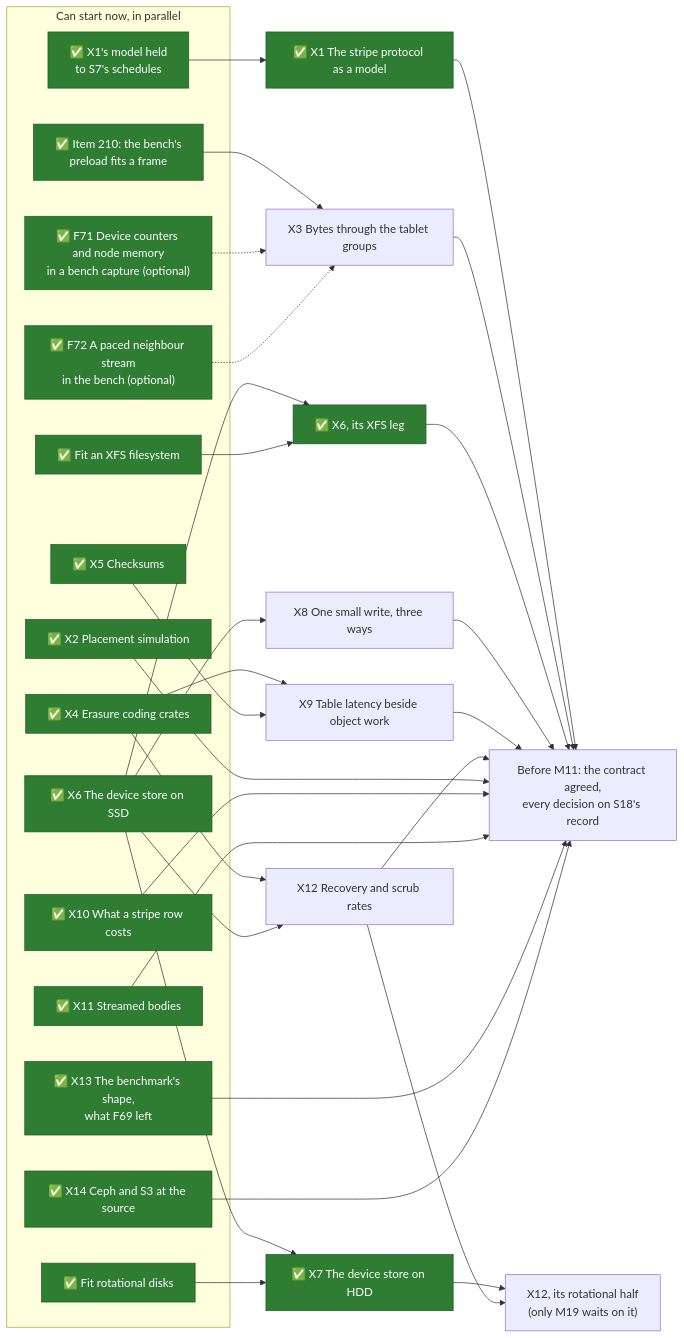
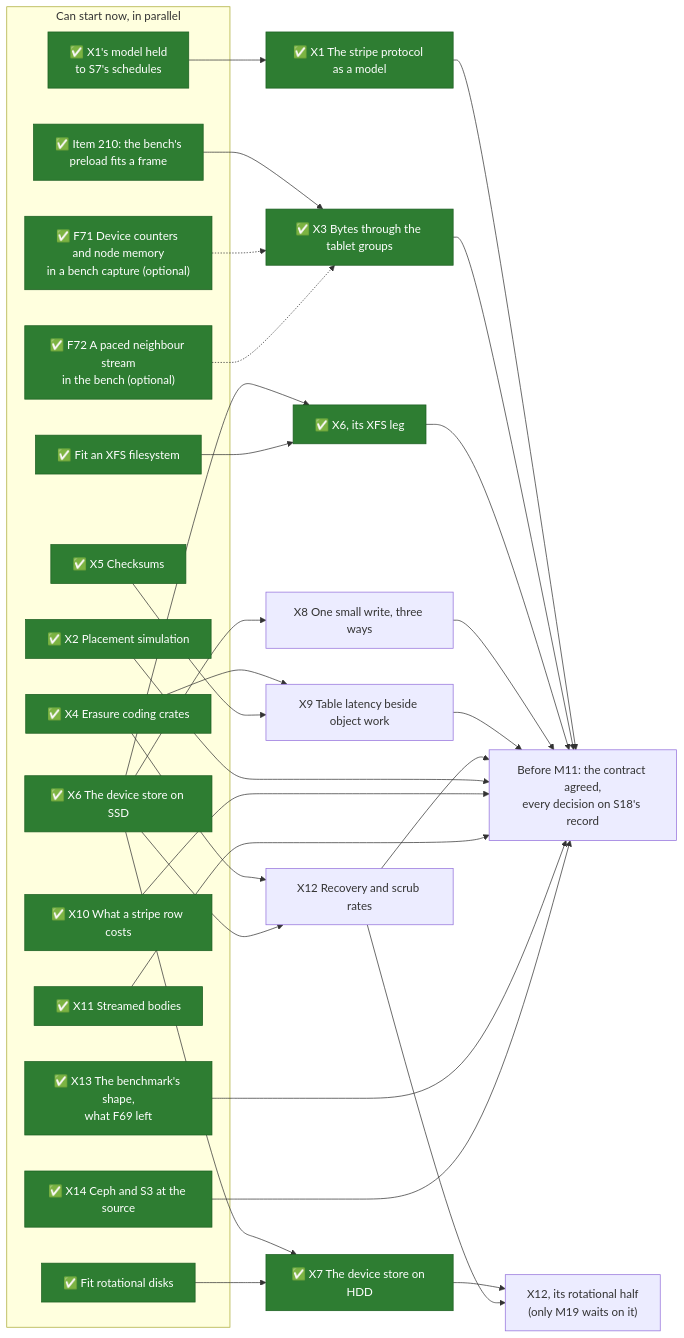
One commit to mjcarson/shoal changed the first of 2 diagrams in docs/src/object-storage/whats-left-todo.md. Above: the diagram before and after it, drawn with Mermaid. The commit also changed other lines of this file and 124 other files, not shown here.

````diff
--- a/docs/src/object-storage/whats-left-todo.md
+++ b/docs/src/object-storage/whats-left-todo.md
@@ -30,56 +32,56 @@
 ```mermaid
 flowchart LR
     classDef done fill:#2e7d32,stroke:#1b5e20,color:#ffffff
     classDef optional stroke-dasharray: 5 5
     subgraph now["Can start now, in parallel"]
         R1["✅ X1's model held<br>to S7's schedules"]:::done
         R2["✅ Item 210: the bench's<br>preload fits a frame"]:::done
         XFS["✅ Fit an XFS filesystem"]:::done
         Disks["✅ Fit rotational disks"]:::done
         X2["✅ X2 Placement simulation"]:::done
         X4["✅ X4 Erasure coding crates"]:::done
         X5["✅ X5 Checksums"]:::done
         X6["✅ X6 The device store on SSD"]:::done
         X10["✅ X10 What a stripe row costs"]:::done
         X11["✅ X11 Streamed bodies"]:::done
         X13["✅ X13 The benchmark's shape,<br>what F69 left"]:::done
         X14["✅ X14 Ceph and S3 at the source"]:::done
         Counters["✅ F71 Device counters and node memory<br>in a bench capture (optional)"]:::done
         Neighbour["✅ F72 A paced neighbour stream<br>in the bench (optional)"]:::done
     end
     X1["✅ X1 The stripe protocol as a model"]:::done
-    X3["X3 Bytes through the tablet groups"]
+    X3["✅ X3 Bytes through the tablet groups"]:::done
     X6x["✅ X6, its XFS leg"]:::done
     X7["✅ X7 The device store on HDD"]:::done
     X8["X8 One small write, three ways"]
     X9["X9 Table latency beside object work"]
     X12["X12 Recovery and scrub rates"]
     X12r["X12, its rotational half<br>(only M19 waits on it)"]
     Gate["Before M11: the contract agreed,<br>every decision on S18's record"]
     R1 --> X1
     R2 --> X3
     X6 --> X6x
     XFS --> X6x
     X6 --> X7
     Disks --> X7
     X6 --> X8
     X4 --> X9
     X5 --> X9
     X4 --> X12
     X6 --> X12
     X7 --> X12r
     X12 --> X12r
     Counters -.-> X3
     Neighbour -.-> X3
     X1 --> Gate
     X3 --> Gate
     X6x --> Gate
     X8 --> Gate
     X9 --> Gate
     X12 --> Gate
     X2 ---> Gate
     X10 ---> Gate
     X11 ---> Gate
     X13 ---> Gate
     X14 ---> Gate
 ```
````
